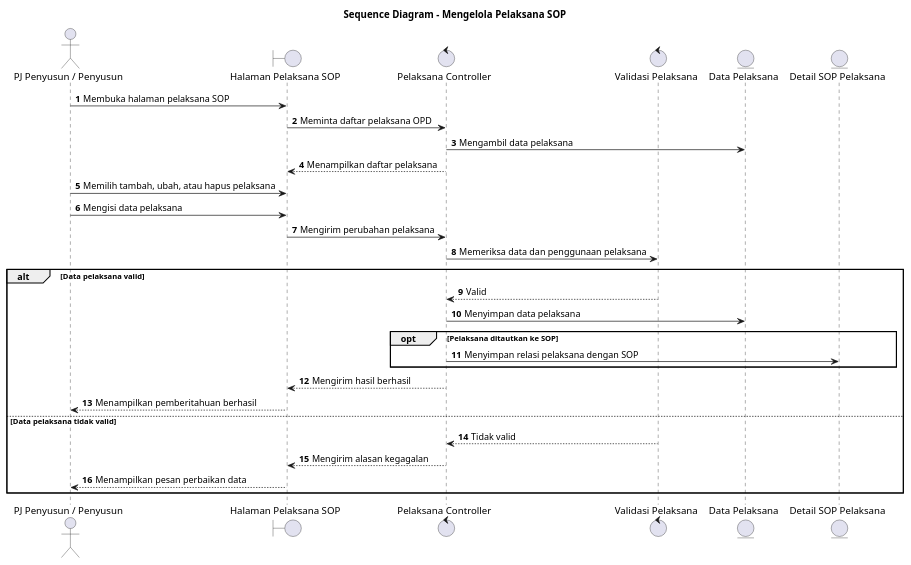
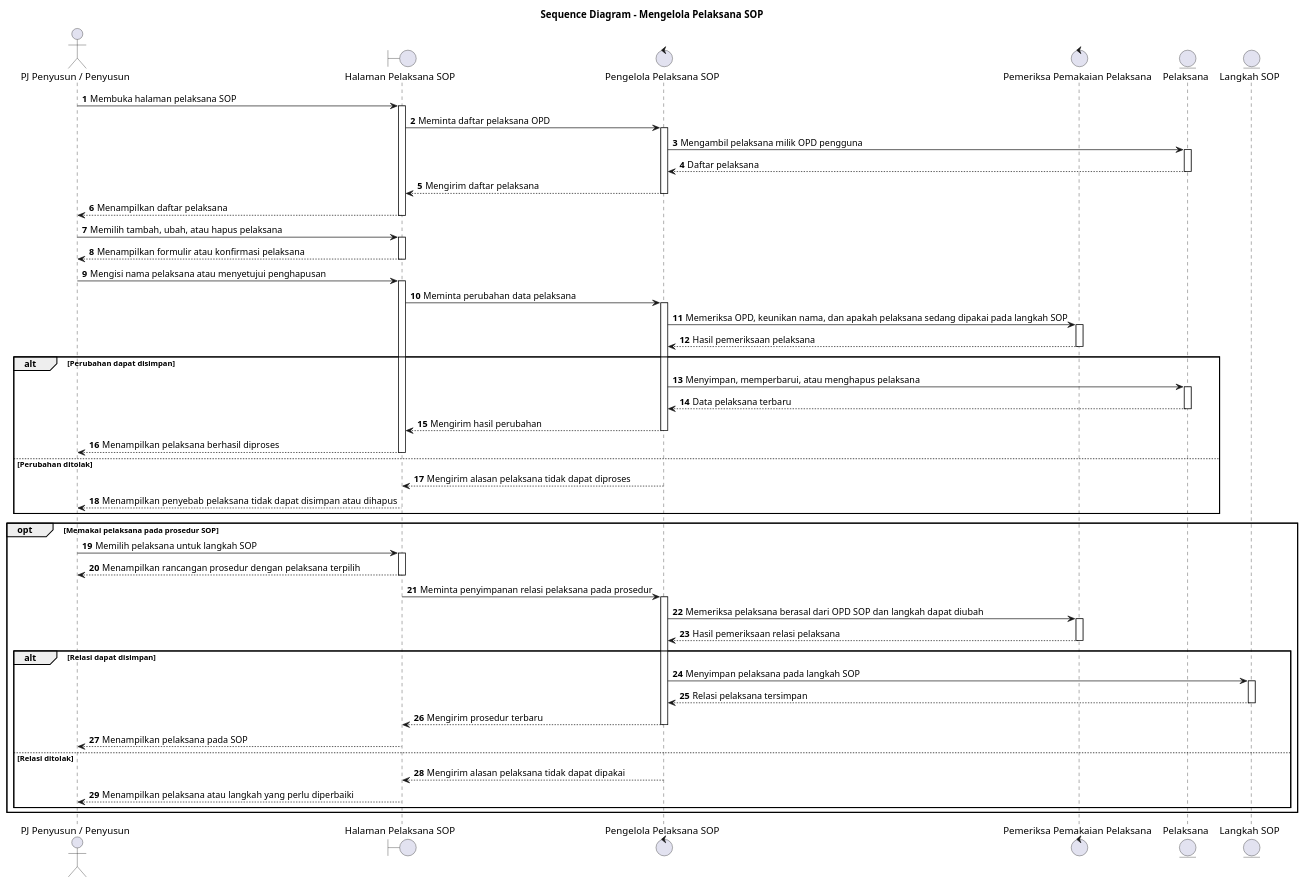
One commit to howlil/sop-generate-app changed the diagram in docs/sequence/lampiran/pj-penyusun-penyusun-mengelola-pelaksana-sop.md. Above: the diagram before and after it, drawn with PlantUML. The commit also changed other lines of this file and 90 other files, not shown here.

````diff
--- a/docs/sequence/lampiran/pj-penyusun-penyusun-mengelola-pelaksana-sop.md
+++ b/docs/sequence/lampiran/pj-penyusun-penyusun-mengelola-pelaksana-sop.md
@@ -16,38 +16,55 @@
 ```plantuml
 @startuml
 title Sequence Diagram - Mengelola Pelaksana SOP
 autonumber
+autoactivate on
 
-actor "PJ Penyusun / Penyusun" as Aktor
-boundary "Halaman Pelaksana SOP" as UI
-control "Pelaksana Controller" as PelaksanaCtrl
-control "Validasi Pelaksana" as Validasi
-entity "Data Pelaksana" as Pelaksana
-entity "Detail SOP Pelaksana" as RelasiPelaksana
+actor "PJ Penyusun / Penyusun" as A
+boundary "Halaman Pelaksana SOP" as B
+control "Pengelola Pelaksana SOP" as C
+control "Pemeriksa Pemakaian Pelaksana" as D
+entity "Pelaksana" as Pelaksana
+entity "Langkah SOP" as LangkahSOP
 
-Aktor -> UI : Membuka halaman pelaksana SOP
-UI -> PelaksanaCtrl : Meminta daftar pelaksana OPD
-PelaksanaCtrl -> Pelaksana : Mengambil data pelaksana
-PelaksanaCtrl --> UI : Menampilkan daftar pelaksana
+A -> B : Membuka halaman pelaksana SOP
+B -> C : Meminta daftar pelaksana OPD
+C -> Pelaksana : Mengambil pelaksana milik OPD pengguna
+Pelaksana --> C : Daftar pelaksana
+C --> B : Mengirim daftar pelaksana
+B --> A : Menampilkan daftar pelaksana
 
-Aktor -> UI : Memilih tambah, ubah, atau hapus pelaksana
-Aktor -> UI : Mengisi data pelaksana
-UI -> PelaksanaCtrl : Mengirim perubahan pelaksana
-PelaksanaCtrl -> Validasi : Memeriksa data dan penggunaan pelaksana
+A -> B : Memilih tambah, ubah, atau hapus pelaksana
+B --> A : Menampilkan formulir atau konfirmasi pelaksana
+A -> B : Mengisi nama pelaksana atau menyetujui penghapusan
+B -> C : Meminta perubahan data pelaksana
+C -> D : Memeriksa OPD, keunikan nama, dan apakah pelaksana sedang dipakai pada langkah SOP
+D --> C : Hasil pemeriksaan pelaksana
+alt Perubahan dapat disimpan
+  C -> Pelaksana : Menyimpan, memperbarui, atau menghapus pelaksana
+  Pelaksana --> C : Data pelaksana terbaru
+  C --> B : Mengirim hasil perubahan
+  B --> A : Menampilkan pelaksana berhasil diproses
+else Perubahan ditolak
+  C --> B : Mengirim alasan pelaksana tidak dapat diproses
+  B --> A : Menampilkan penyebab pelaksana tidak dapat disimpan atau dihapus
+end
 
-alt Data pelaksana valid
-  Validasi --> PelaksanaCtrl : Valid
-  PelaksanaCtrl -> Pelaksana : Menyimpan data pelaksana
-  opt Pelaksana ditautkan ke SOP
-    PelaksanaCtrl -> RelasiPelaksana : Menyimpan relasi pelaksana dengan SOP
+opt Memakai pelaksana pada prosedur SOP
+  A -> B : Memilih pelaksana untuk langkah SOP
+  B --> A : Menampilkan rancangan prosedur dengan pelaksana terpilih
+  B -> C : Meminta penyimpanan relasi pelaksana pada prosedur
+  C -> D : Memeriksa pelaksana berasal dari OPD SOP dan langkah dapat diubah
+  D --> C : Hasil pemeriksaan relasi pelaksana
+  alt Relasi dapat disimpan
+    C -> LangkahSOP : Menyimpan pelaksana pada langkah SOP
+    LangkahSOP --> C : Relasi pelaksana tersimpan
+    C --> B : Mengirim prosedur terbaru
+    B --> A : Menampilkan pelaksana pada SOP
+  else Relasi ditolak
+    C --> B : Mengirim alasan pelaksana tidak dapat dipakai
+    B --> A : Menampilkan pelaksana atau langkah yang perlu diperbaiki
   end
-  PelaksanaCtrl --> UI : Mengirim hasil berhasil
-  UI --> Aktor : Menampilkan pemberitahuan berhasil
-else Data pelaksana tidak valid
-  Validasi --> PelaksanaCtrl : Tidak valid
-  PelaksanaCtrl --> UI : Mengirim alasan kegagalan
-  UI --> Aktor : Menampilkan pesan perbaikan data
 end
 
 @enduml
 ```
````
